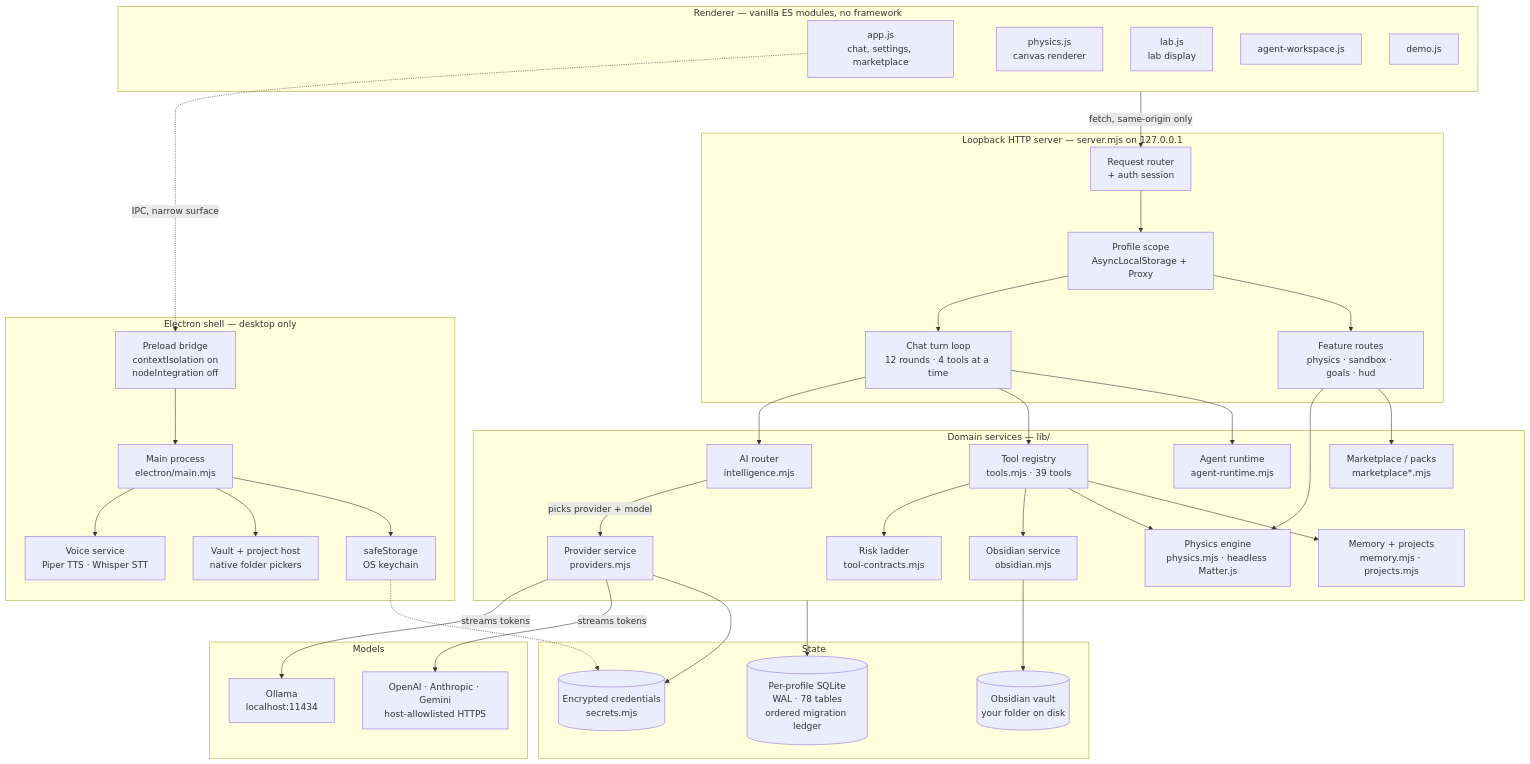
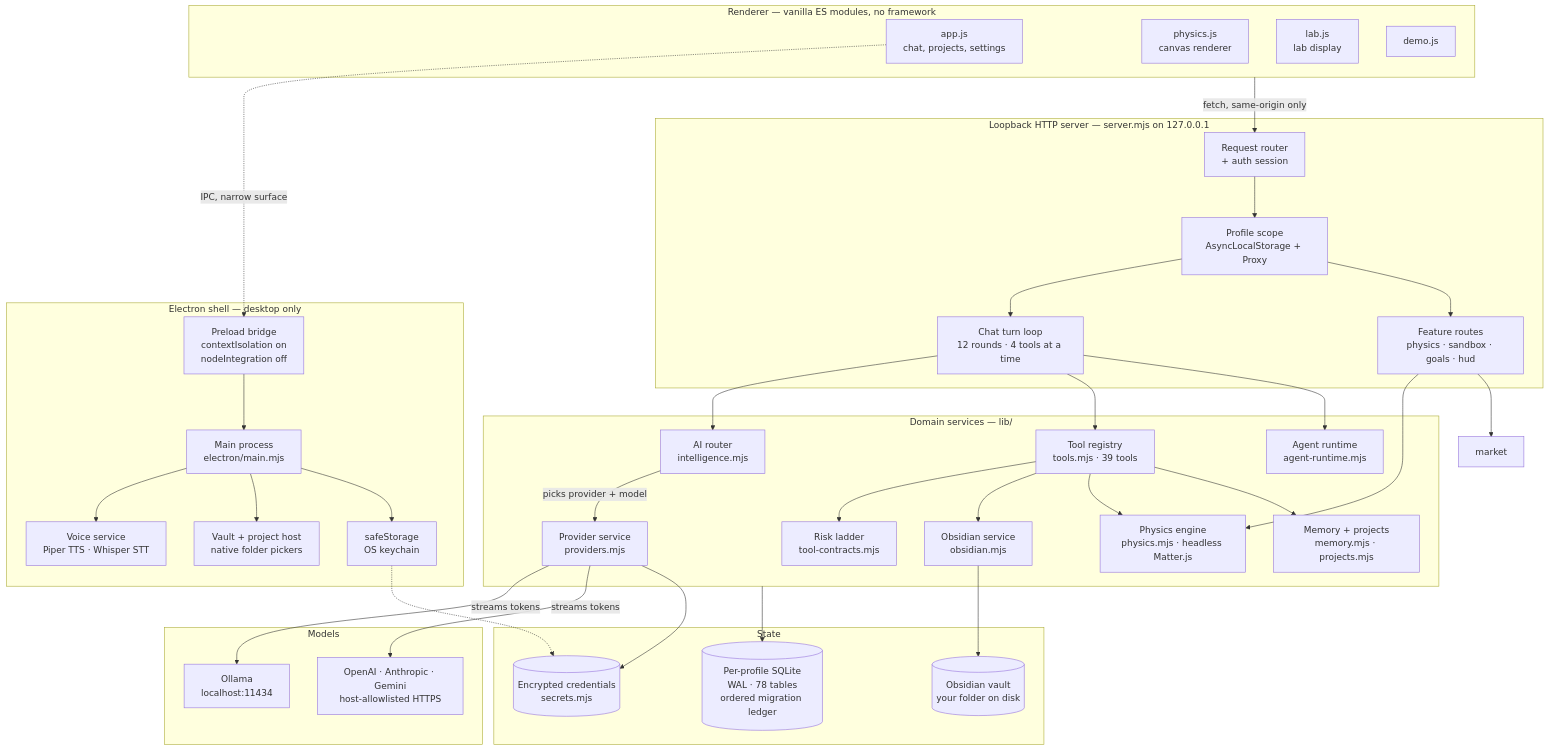
One commit to WI7ARD/evolv-ai changed the first of 5 diagrams in docs/ARCHITECTURE.md. Above: the diagram before and after it, drawn with Mermaid. The commit also changed other lines of this file and 5 other files, not shown here.

````diff
--- a/docs/ARCHITECTURE.md
+++ b/docs/ARCHITECTURE.md
@@ -22,78 +22,76 @@
 ```mermaid
 flowchart TB
     subgraph shell["Electron shell — desktop only"]
         main["Main process<br/>electron/main.mjs"]
         preload["Preload bridge<br/>contextIsolation on<br/>nodeIntegration off"]
         voice["Voice service<br/>Piper TTS · Whisper STT"]
         vaulthost["Vault + project host<br/>native folder pickers"]
         safestore["safeStorage<br/>OS keychain"]
     end
 
     subgraph renderer["Renderer — vanilla ES modules, no framework"]
-        app["app.js<br/>chat, settings, marketplace"]
+        app["app.js<br/>chat, projects, settings"]
         physicsui["physics.js<br/>canvas renderer"]
         labui["lab.js<br/>lab display"]
-        agentui["agent-workspace.js"]
         demoui["demo.js"]
     end
 
     subgraph server["Loopback HTTP server — server.mjs on 127.0.0.1"]
         router["Request router<br/>+ auth session"]
         scope["Profile scope<br/>AsyncLocalStorage + Proxy"]
         chat["Chat turn loop<br/>12 rounds · 4 tools at a time"]
         routes["Feature routes<br/>physics · sandbox · goals · hud"]
     end
 
     subgraph services["Domain services — lib/"]
         intel["AI router<br/>intelligence.mjs"]
         providers["Provider service<br/>providers.mjs"]
         tools["Tool registry<br/>tools.mjs · 39 tools"]
         contracts["Risk ladder<br/>tool-contracts.mjs"]
         agent["Agent runtime<br/>agent-runtime.mjs"]
         obsidian["Obsidian service<br/>obsidian.mjs"]
         physics["Physics engine<br/>physics.mjs · headless Matter.js"]
-        market["Marketplace / packs<br/>marketplace*.mjs"]
         memory["Memory + projects<br/>memory.mjs · projects.mjs"]
     end
 
     subgraph stores["State"]
         db[("Per-profile SQLite<br/>WAL · 78 tables<br/>ordered migration ledger")]
         keys[("Encrypted credentials<br/>secrets.mjs")]
         notes[("Obsidian vault<br/>your folder on disk")]
     end
 
     subgraph models["Models"]
         ollama["Ollama<br/>localhost:11434"]
         cloud["OpenAI · Anthropic · Gemini<br/>host-allowlisted HTTPS"]
     end
 
     renderer -->|"fetch, same-origin only"| router
     app -.->|"IPC, narrow surface"| preload
     preload --> main
     main --> voice
     main --> vaulthost
     main --> safestore
     safestore -.-> keys
 
     router --> scope
     scope --> chat
     scope --> routes
     chat --> intel
     chat --> tools
     chat --> agent
     routes --> physics
     routes --> market
 
     intel -->|"picks provider + model"| providers
     providers -->|"streams tokens"| ollama
     providers -->|"streams tokens"| cloud
     providers --> keys
 
     tools --> contracts
     tools --> obsidian
     tools --> physics
     tools --> memory
     obsidian --> notes
 
     services --> db
 ```
````
